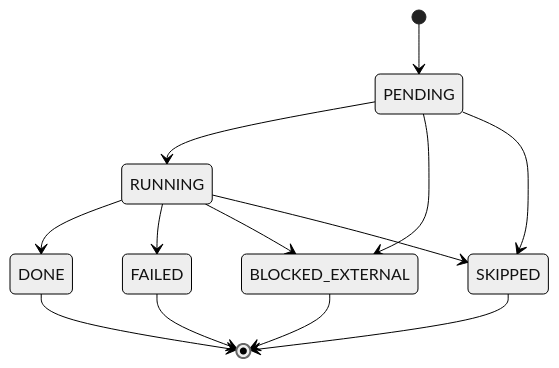
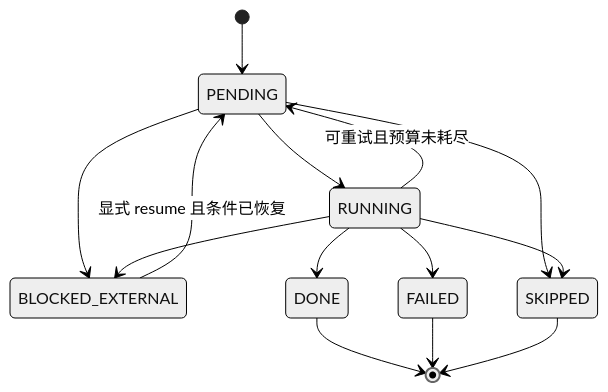
Before and after one commit to OYLPY/stock-monitor: the first of 2 diagrams in docs/design/API_CONTRACTS.md, drawn with Mermaid (neutral theme). The commit also changed other lines of this file and 11 other files, not shown here.

````diff
--- a/docs/design/API_CONTRACTS.md
+++ b/docs/design/API_CONTRACTS.md
@@ -117,15 +120,16 @@
 ```mermaid
 stateDiagram-v2
     [*] --> PENDING
     PENDING --> RUNNING
     PENDING --> BLOCKED_EXTERNAL
     PENDING --> SKIPPED
+    RUNNING --> PENDING: 可重试且预算未耗尽
     RUNNING --> DONE
     RUNNING --> FAILED
     RUNNING --> BLOCKED_EXTERNAL
     RUNNING --> SKIPPED
+    BLOCKED_EXTERNAL --> PENDING: 显式 resume 且条件已恢复
     DONE --> [*]
     FAILED --> [*]
-    BLOCKED_EXTERNAL --> [*]
     SKIPPED --> [*]
 ```
````
